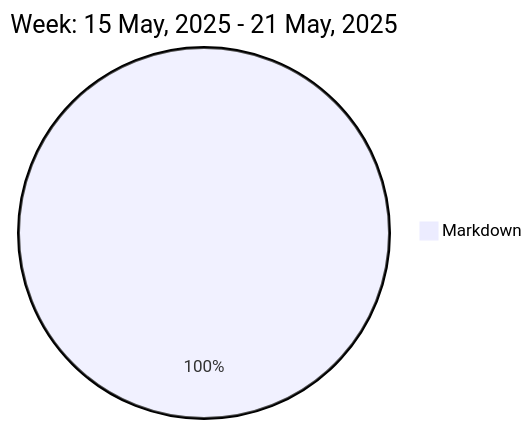
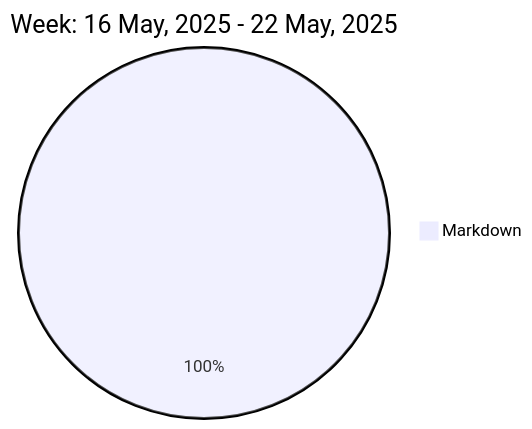
Before and after one commit to liubin95/liubin95: the diagram in README.md, drawn with Mermaid.

Commit message:
Updated the Graph with new Metrics

````diff
--- a/README.md
+++ b/README.md
@@ -37,5 +37,5 @@
 ```mermaid
  pie
-title Week: 15 May, 2025 - 21 May, 2025
- "Markdown" : 2.9
+title Week: 16 May, 2025 - 22 May, 2025
+ "Markdown" : 2.53
 ```
````
